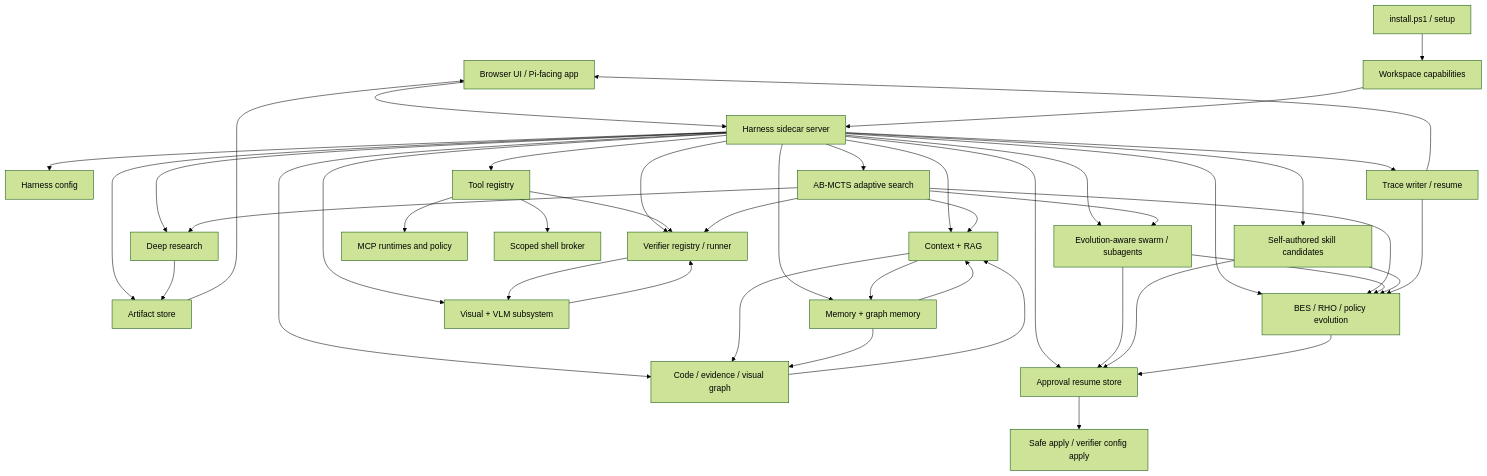
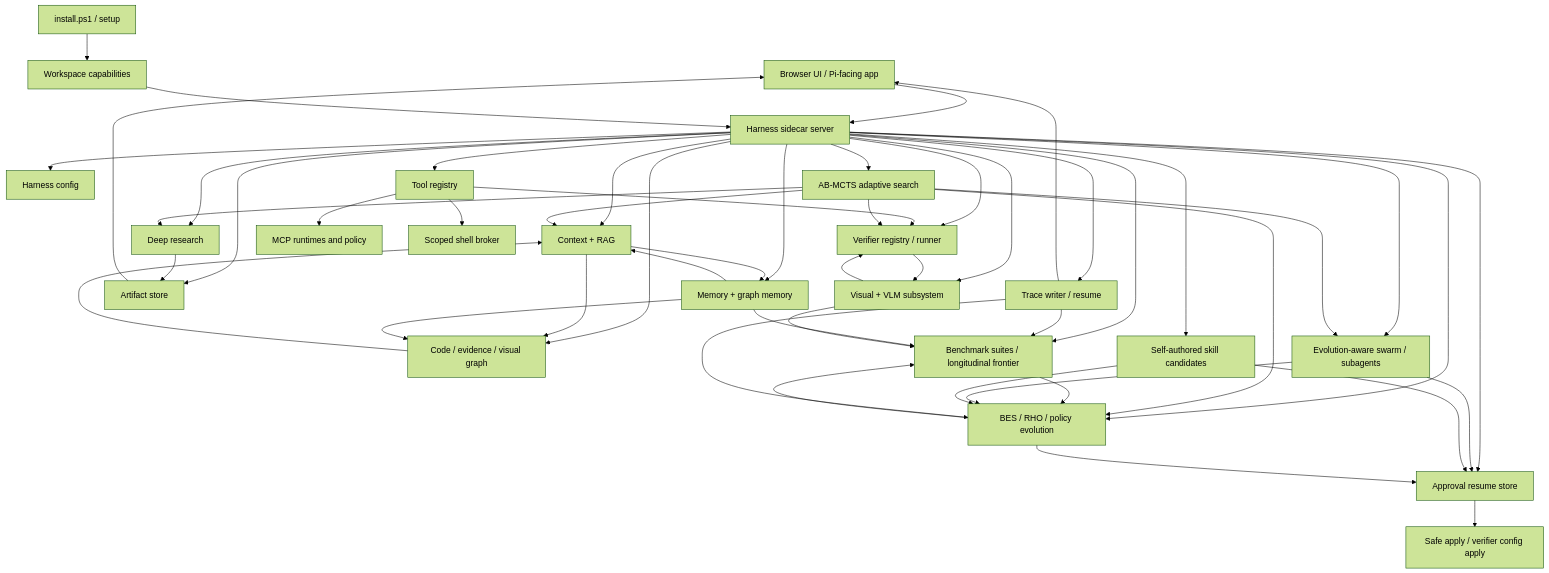
Before and after one commit to PhantomG27249/helios-forge: the first of 9 diagrams in docs/architecture/feature-architecture-map.md, drawn with Mermaid (forest theme). The commit also changed other lines of this file and 3 other files, not shown here.

Commit message:
docs: update paper alignment architecture map

````diff
--- a/docs/architecture/feature-architecture-map.md
+++ b/docs/architecture/feature-architecture-map.md
@@ -21,50 +21,56 @@
 ```mermaid
 flowchart TD
   UI["Browser UI / Pi-facing app"] --> Server["Harness sidecar server"]
   Installer["install.ps1 / setup"] --> Capabilities["Workspace capabilities"]
   Capabilities --> Server
 
   Server --> Config["Harness config"]
   Server --> Trace["Trace writer / resume"]
   Server --> Artifacts["Artifact store"]
   Server --> Tools["Tool registry"]
   Server --> Context["Context + RAG"]
   Server --> Graph["Code / evidence / visual graph"]
   Server --> Memory["Memory + graph memory"]
   Server --> Research["Deep research"]
   Server --> Swarm["Evolution-aware swarm / subagents"]
   Server --> VLM["Visual + VLM subsystem"]
   Server --> Verifiers["Verifier registry / runner"]
   Server --> Adaptive["AB-MCTS adaptive search"]
   Server --> Meta["BES / RHO / policy evolution"]
+  Server --> Frontier["Benchmark suites / longitudinal frontier"]
   Server --> Skills["Self-authored skill candidates"]
   Server --> Approvals["Approval resume store"]
 
   Tools --> MCP["MCP runtimes and policy"]
   Tools --> Shell["Scoped shell broker"]
   Tools --> Verifiers
   Verifiers --> VLM
   VLM --> Verifiers
 
   Context --> Graph
   Context --> Memory
   Graph --> Context
   Memory --> Context
   Memory --> Graph
   Research --> Artifacts
   Adaptive --> Swarm
   Adaptive --> Meta
   Adaptive --> Research
   Adaptive --> Verifiers
   Adaptive --> Context
+  Trace --> Frontier
+  Memory --> Frontier
+  VLM --> Frontier
+  Meta --> Frontier
+  Frontier --> Meta
   Swarm --> Meta
   Swarm --> Approvals
   Skills --> Meta
   Skills --> Approvals
   Meta --> Approvals
   Approvals --> SafeApply["Safe apply / verifier config apply"]
 
   Trace --> Meta
   Trace --> UI
   Artifacts --> UI
 ```
````
